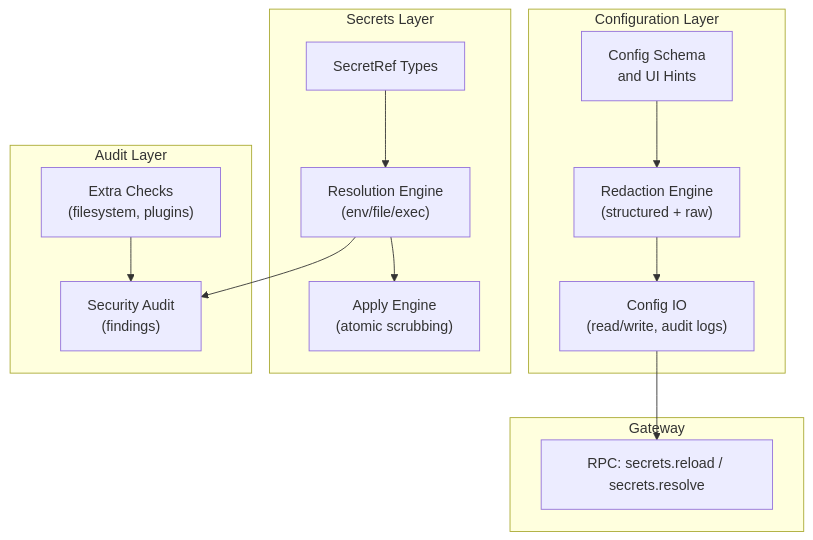
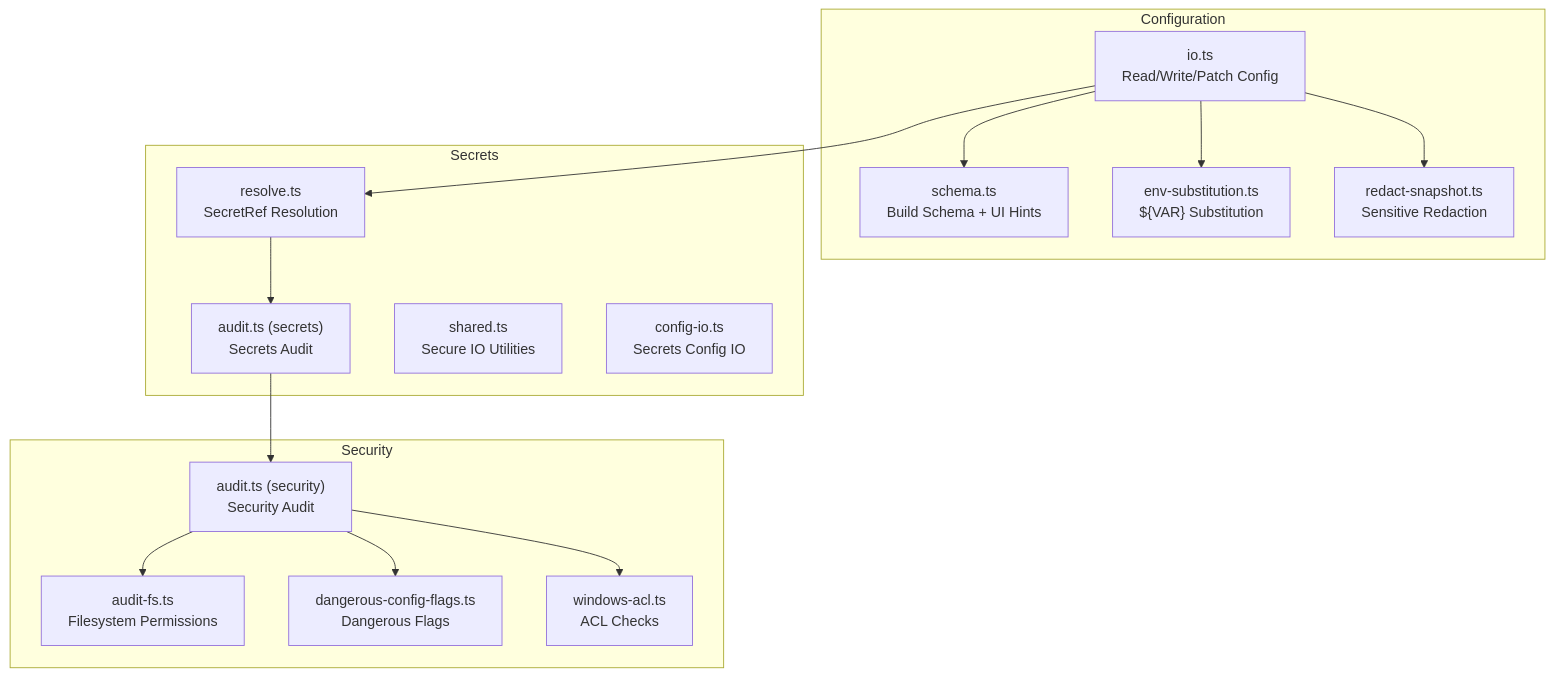
One commit to botx-work/OpenClaw-Internals changed the first of 7 diagrams in repowiki/en/content/Configuration Management/Security Configuration.md. Above: the diagram before and after it, drawn with Mermaid. The commit also changed other lines of this file and 332 other files, not shown here.

````diff
--- a/repowiki/en/content/Configuration Management/Security Configuration.md
+++ b/repowiki/en/content/Configuration Management/Security Configuration.md
@@ -44,25 +54,30 @@
 ```mermaid
 graph TB
-subgraph "Configuration Layer"
-A["Config Schema<br/>and UI Hints"]
-B["Redaction Engine<br/>(structured + raw)"]
-C["Config IO<br/>(read/write, audit logs)"]
+subgraph "Configuration"
+A["io.ts<br/>Read/Write/Patch Config"]
+B["schema.ts<br/>Build Schema + UI Hints"]
+C["env-substitution.ts<br/>${VAR} Substitution"]
+D["redact-snapshot.ts<br/>Sensitive Redaction"]
 end
-subgraph "Secrets Layer"
-D["SecretRef Types"]
-E["Resolution Engine<br/>(env/file/exec)"]
-F["Apply Engine<br/>(atomic scrubbing)"]
+subgraph "Secrets"
+E["resolve.ts<br/>SecretRef Resolution"]
+F["audit.ts (secrets)<br/>Secrets Audit"]
+G["shared.ts<br/>Secure IO Utilities"]
+H["config-io.ts<br/>Secrets Config IO"]
 end
-subgraph "Audit Layer"
-G["Security Audit<br/>(findings)"]
-H["Extra Checks<br/>(filesystem, plugins)"]
+subgraph "Security"
+I["audit.ts (security)<br/>Security Audit"]
+J["audit-fs.ts<br/>Filesystem Permissions"]
+K["dangerous-config-flags.ts<br/>Dangerous Flags"]
+L["windows-acl.ts<br/>ACL Checks"]
 end
-subgraph "Gateway"
-I["RPC: secrets.reload / secrets.resolve"]
-end
-A --> B --> C
-D --> E --> F
-C --> I
-E --> G
-H --> G
+A --> B
+A --> C
+A --> D
+A --> E
+E --> F
+F --> I
+I --> J
+I --> K
+I --> L
 ```
````
